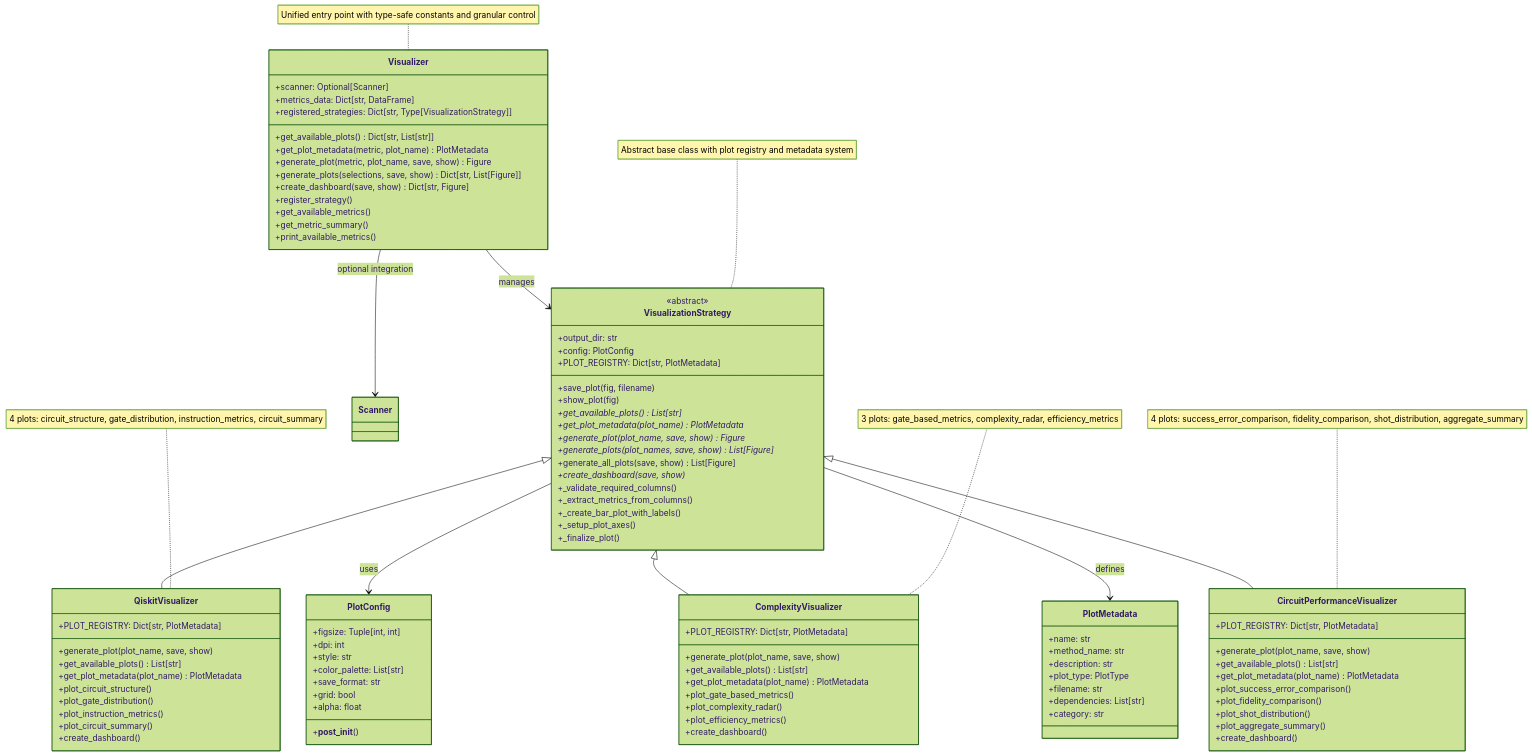
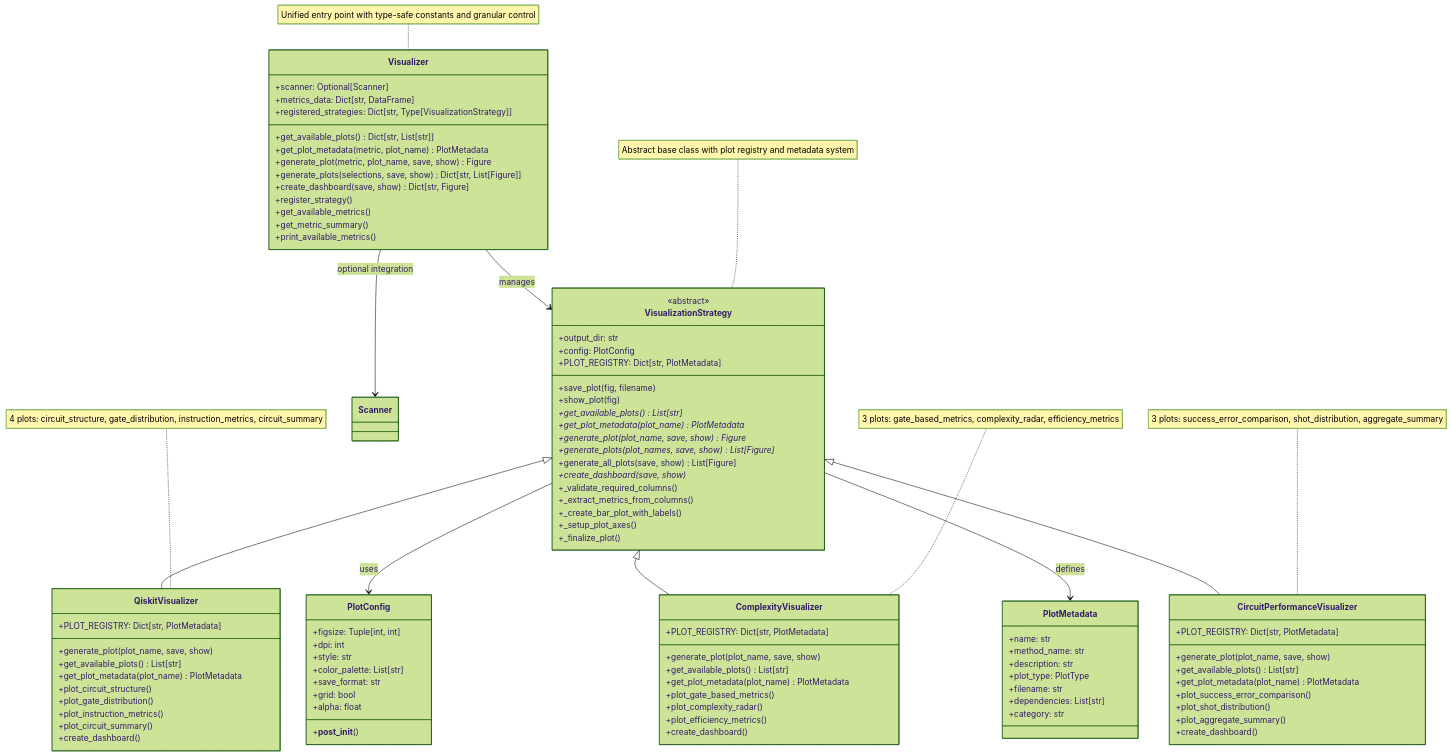
Before and after one commit to xthecapx/qiskit-qward: the fourth of 4 diagrams in docs/architecture.md, drawn with Mermaid (forest theme). The commit also changed other lines of this file and 23 other files, not shown here.

First line of the commit message:
Remove fidelity metrics from CircuitPerformanceMetrics and related visualizations

````diff
--- a/docs/architecture.md
+++ b/docs/architecture.md
@@ -665,7 +662,6 @@
         +get_available_plots() List[str]
         +get_plot_metadata(plot_name) PlotMetadata
         +plot_success_error_comparison()
-        +plot_fidelity_comparison()
         +plot_shot_distribution()
         +plot_aggregate_summary()
         +create_dashboard()
@@ -697,6 +693,6 @@
     note for VisualizationStrategy "Abstract base class with plot registry and metadata system"
     note for QiskitVisualizer "4 plots: circuit_structure, gate_distribution, instruction_metrics, circuit_summary"
     note for ComplexityVisualizer "3 plots: gate_based_metrics, complexity_radar, efficiency_metrics"
-    note for CircuitPerformanceVisualizer "4 plots: success_error_comparison, fidelity_comparison, shot_distribution, aggregate_summary"
+    note for CircuitPerformanceVisualizer "3 plots: success_error_comparison, shot_distribution, aggregate_summary"
     note for Visualizer "Unified entry point with type-safe constants and granular control"
 ```
````
